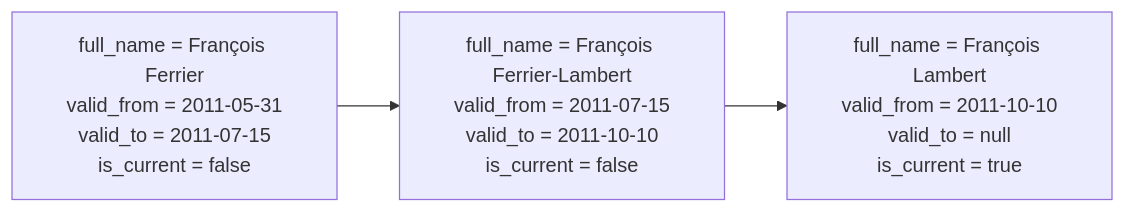
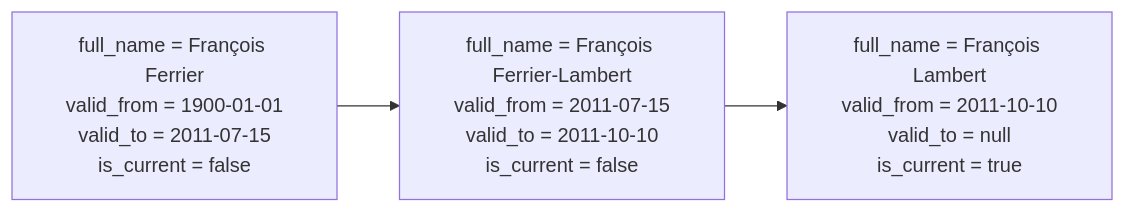
Before and after one commit to ultramanguan/dbt-dimensional-model: the second of 2 diagrams in docs/part04b-slowly-changing-dimensions.md, drawn with Mermaid. The commit also changed other lines of this file and 10 other files, not shown here.

````diff
--- a/docs/part04b-slowly-changing-dimensions.md
+++ b/docs/part04b-slowly-changing-dimensions.md
@@ -100,4 +102,4 @@
 ```mermaid
 flowchart LR
-    R1["full_name = François Ferrier\nvalid_from = 2011-05-31\nvalid_to = 2011-07-15\nis_current = false"] --> R2["full_name = François Ferrier-Lambert\nvalid_from = 2011-07-15\nvalid_to = 2011-10-10\nis_current = false"] --> R3["full_name = François Lambert\nvalid_from = 2011-10-10\nvalid_to = null\nis_current = true"]
+    R1["full_name = François Ferrier\nvalid_from = 1900-01-01\nvalid_to = 2011-07-15\nis_current = false"] --> R2["full_name = François Ferrier-Lambert\nvalid_from = 2011-07-15\nvalid_to = 2011-10-10\nis_current = false"] --> R3["full_name = François Lambert\nvalid_from = 2011-10-10\nvalid_to = null\nis_current = true"]
 ```
````
